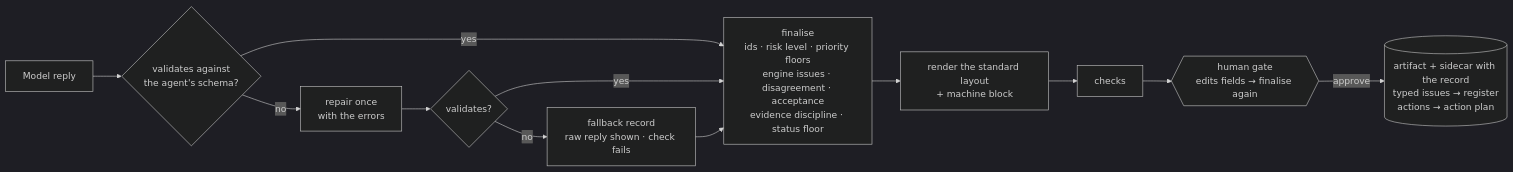
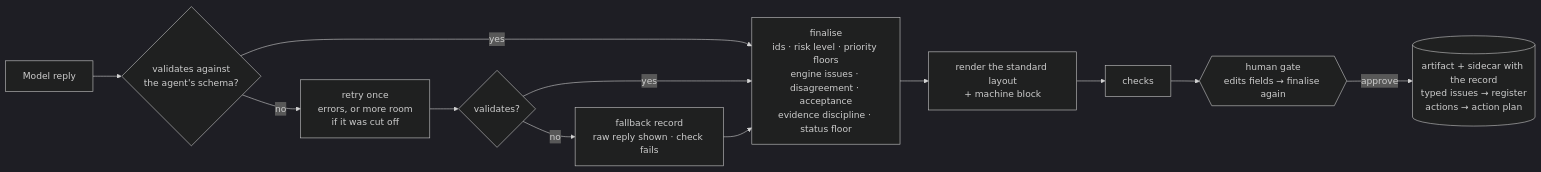
One commit to DiogoCampanha/raia changed the third of 9 diagrams in docs/architecture.md. Above: the diagram before and after it, drawn with Mermaid (dark theme). The commit also changed 19 other files, not shown here.

````diff
--- a/docs/architecture.md
+++ b/docs/architecture.md
@@ -119,11 +119,11 @@
 ```mermaid
 flowchart LR
     R["Model reply"] --> P{"validates against<br/>the agent's schema?"}
-    P -- no --> RP["repair once<br/>with the errors"] --> P2{"validates?"}
+    P -- no --> RP["retry once<br/>errors, or more room<br/>if it was cut off"] --> P2{"validates?"}
     P2 -- no --> FB["fallback record<br/>raw reply shown · check fails"]
     P -- yes --> FIN
     P2 -- yes --> FIN["finalise<br/>ids · risk level · priority floors<br/>engine issues · disagreement · acceptance<br/>evidence discipline · status floor"]
     FB --> FIN
     FIN --> REN["render the standard layout<br/>+ machine block"] --> CHK["checks"] --> GATE{{"human gate<br/>edits fields → finalise again"}}
     GATE -- approve --> SIDE[("artifact + sidecar with the record<br/>typed issues → register<br/>actions → action plan")]
 ```
````
